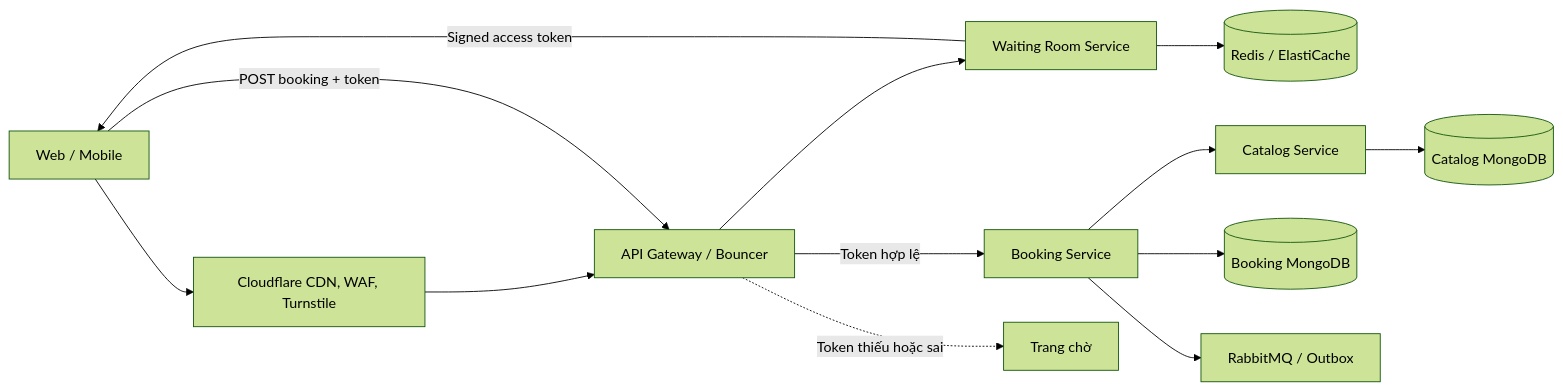
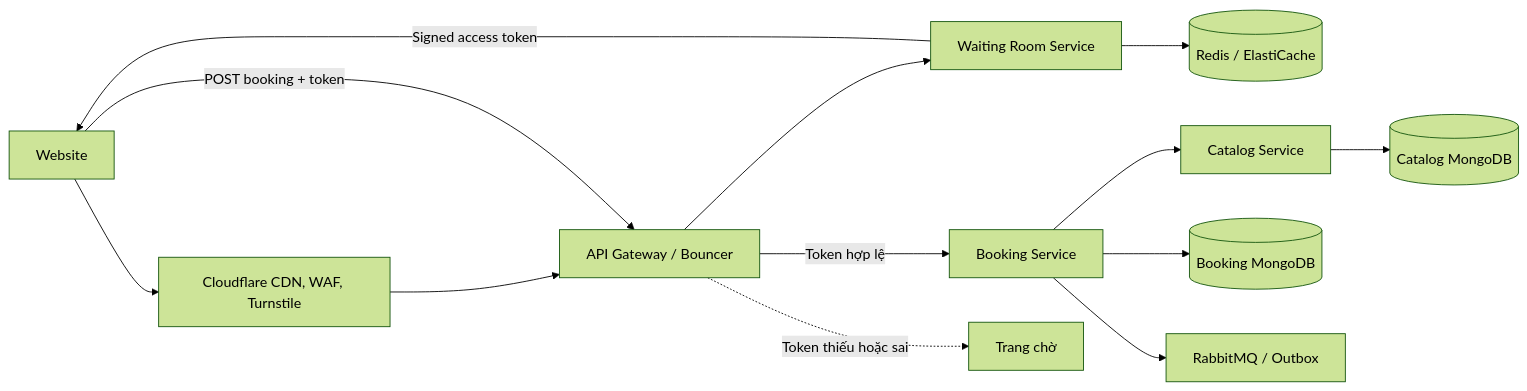
One commit to PlatypusInAHat/ticket-booking changed the diagram in docs/architecture/waiting-room-architecture.md. Above: the diagram before and after it, drawn with Mermaid (forest theme). The commit also changed 21 other files, not shown here.

````diff
--- a/docs/architecture/waiting-room-architecture.md
+++ b/docs/architecture/waiting-room-architecture.md
@@ -5,15 +5,15 @@
 ```mermaid
 flowchart LR
-  U[Web / Mobile] --> CF[Cloudflare CDN, WAF, Turnstile]
+  U[Website] --> CF[Cloudflare CDN, WAF, Turnstile]
   CF --> GW[API Gateway / Bouncer]
   GW --> WR[Waiting Room Service]
   WR --> R[(Redis / ElastiCache)]
   WR -->|Signed access token| U
   U -->|POST booking + token| GW
   GW -->|Token hợp lệ| B[Booking Service]
   B --> C[Catalog Service]
   C --> M[(Catalog MongoDB)]
   B --> BM[(Booking MongoDB)]
   B --> MQ[RabbitMQ / Outbox]
   GW -.->|Token thiếu hoặc sai| W[Trang chờ]
 ```
````
